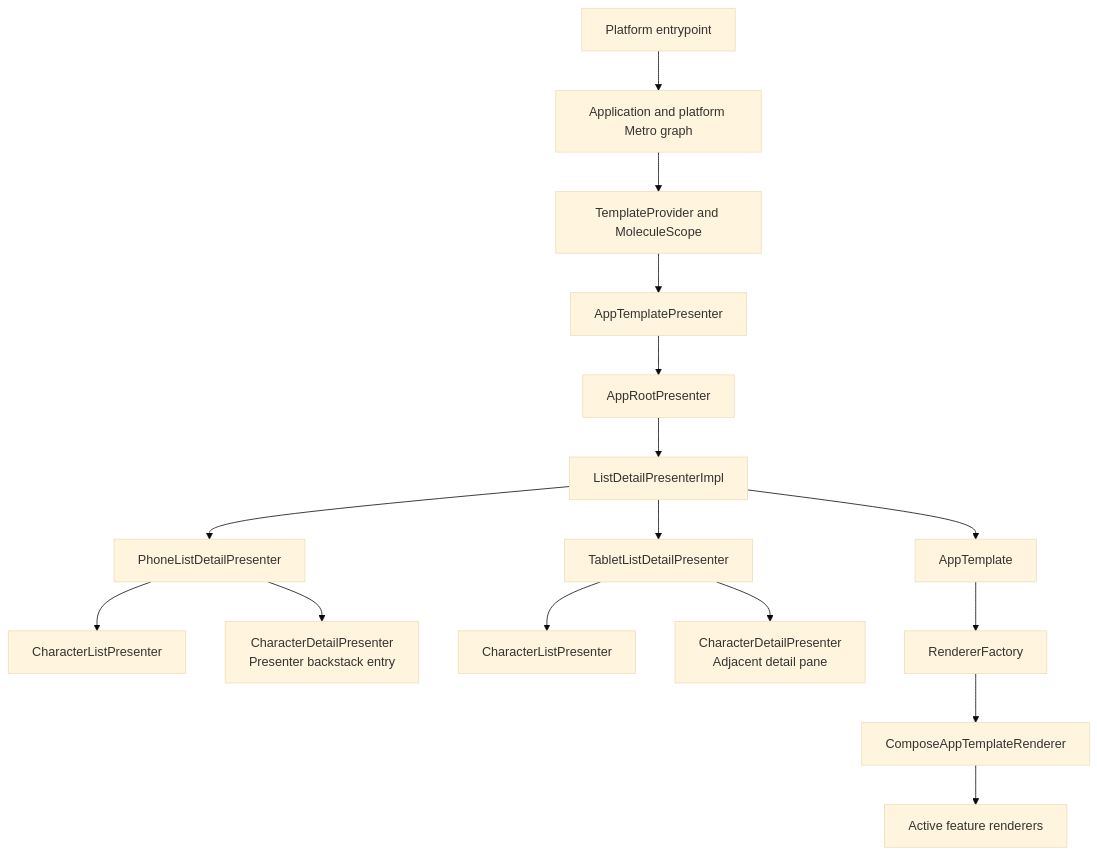
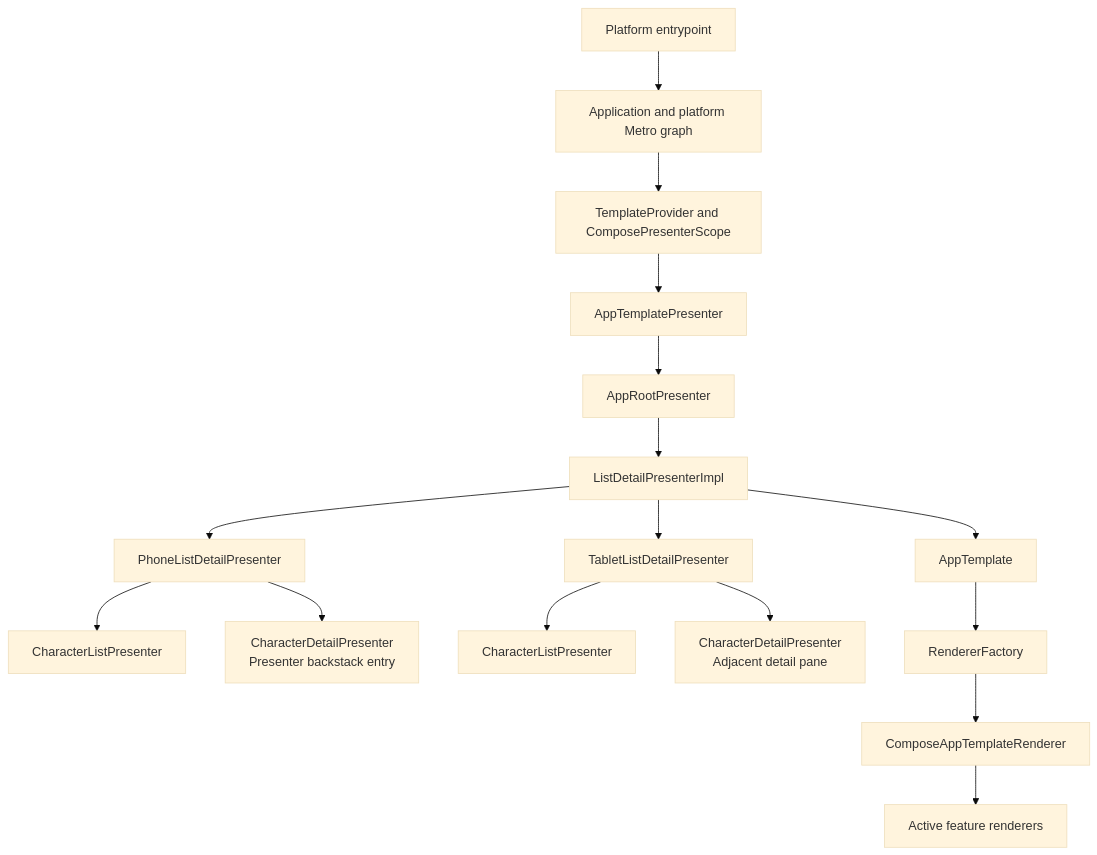
Before and after one commit to dayanruben/app-platform: the first of 3 diagrams in blueprints/list-detail/README.md, drawn with Mermaid (base theme). The commit also changed other lines of this file and 45 other files, not shown here.

````diff
--- a/blueprints/list-detail/README.md
+++ b/blueprints/list-detail/README.md
@@ -44,18 +44,18 @@
 ```mermaid
 flowchart TD
   entrypoint["Platform entrypoint"] --> appGraph["Application and platform Metro graph"]
-  appGraph --> provider["TemplateProvider and MoleculeScope"]
+  appGraph --> provider["TemplateProvider and ComposePresenterScope"]
   provider --> templatePresenter["AppTemplatePresenter"]
   templatePresenter --> rootPresenter["AppRootPresenter"]
   rootPresenter --> adaptivePresenter["ListDetailPresenterImpl"]
   adaptivePresenter --> phonePresenter["PhoneListDetailPresenter"]
   phonePresenter --> phoneListPresenter["CharacterListPresenter"]
   phonePresenter --> phoneDetailPresenter["CharacterDetailPresenter<br/>Presenter backstack entry"]
   adaptivePresenter --> tabletPresenter["TabletListDetailPresenter"]
   tabletPresenter --> tabletListPresenter["CharacterListPresenter"]
   tabletPresenter --> tabletDetailPresenter["CharacterDetailPresenter<br/>Adjacent detail pane"]
   adaptivePresenter --> appTemplate["AppTemplate"]
   appTemplate --> rendererFactory["RendererFactory"]
   rendererFactory --> templateRenderer["ComposeAppTemplateRenderer"]
   templateRenderer --> featureRenderers["Active feature renderers"]
 ```
````
